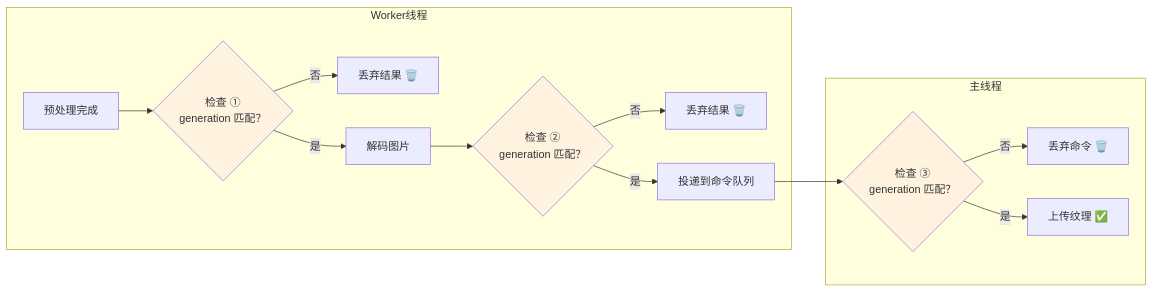
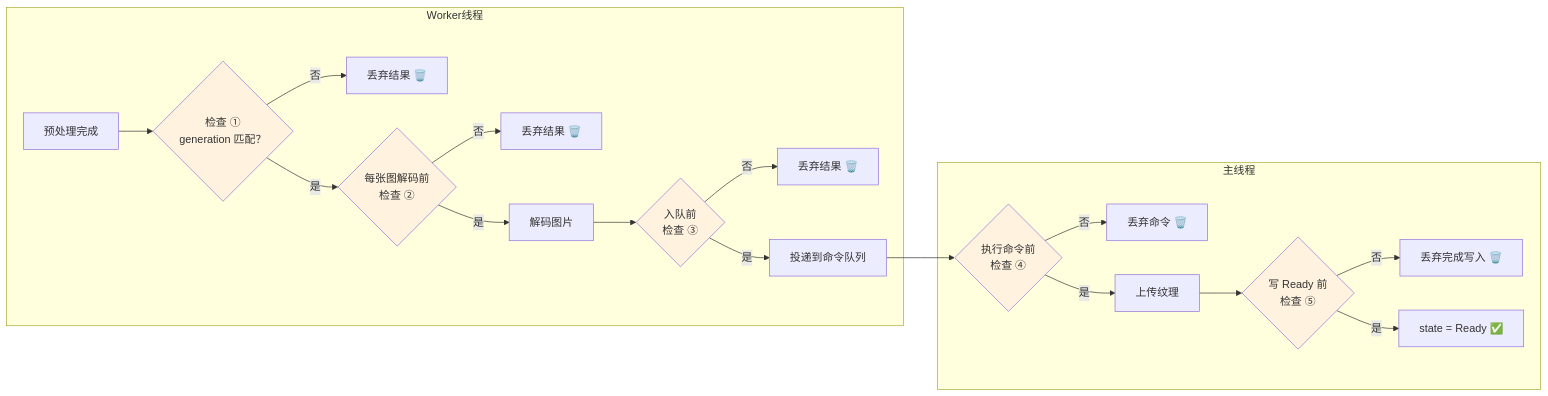
Before and after one commit to WispSnow/TinyFarmRPG: the third of 6 diagrams in docs/tutorial/multi-thread/06-async-pipeline.md, drawn with Mermaid. The commit also changed other lines of this file and 11 other files, not shown here.

````diff
--- a/docs/tutorial/multi-thread/06-async-pipeline.md
+++ b/docs/tutorial/multi-thread/06-async-pipeline.md
@@ -263,21 +266,28 @@
 ```mermaid
 flowchart LR
     subgraph Worker线程
         A["预处理完成"] --> B{"检查 ①<br/>generation 匹配？"}
         B -->|否| X1["丢弃结果 🗑️"]
-        B -->|是| C["解码图片"]
-        C --> D{"检查 ②<br/>generation 匹配？"}
-        D -->|否| X2["丢弃结果 🗑️"]
-        D -->|是| E["投递到命令队列"]
+        B -->|是| C{"每张图解码前<br/>检查 ②"}
+        C -->|否| X2["丢弃结果 🗑️"]
+        C -->|是| D["解码图片"]
+        D --> E{"入队前<br/>检查 ③"}
+        E -->|否| X3["丢弃结果 🗑️"]
+        E -->|是| F["投递到命令队列"]
     end
 
     subgraph 主线程
-        E --> F{"检查 ③<br/>generation 匹配？"}
-        F -->|否| X3["丢弃命令 🗑️"]
-        F -->|是| G["上传纹理 ✅"]
+        F --> G{"执行命令前<br/>检查 ④"}
+        G -->|否| X4["丢弃命令 🗑️"]
+        G -->|是| H["上传纹理"]
+        H --> I{"写 Ready 前<br/>检查 ⑤"}
+        I -->|否| X5["丢弃完成写入 🗑️"]
+        I -->|是| J["state = Ready ✅"]
     end
 
     style B fill:#fff3e0
-    style D fill:#fff3e0
-    style F fill:#fff3e0
+    style C fill:#fff3e0
+    style E fill:#fff3e0
+    style G fill:#fff3e0
+    style I fill:#fff3e0
 ```
````
